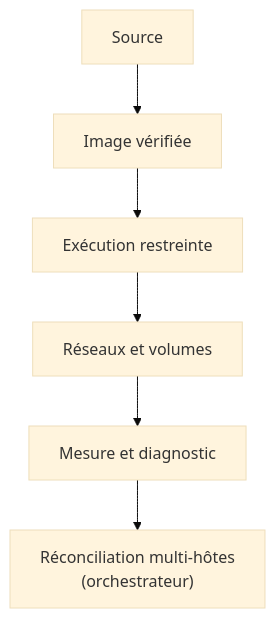
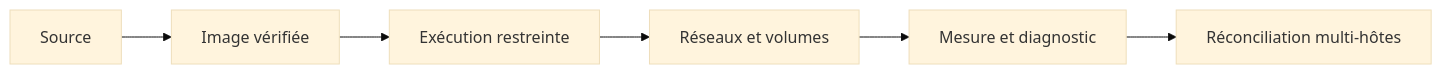
One commit to astronas/Ynov---Containerization-Orchestration changed the diagram in docs/Secrets-fichiers-reseau-ressources.md. Above: the diagram before and after it, drawn with Mermaid (base theme). The commit also changed other lines of this file and 160 other files, not shown here.

First line of the commit message:
Refonte visuelle : charte des rendus de TP, illustrations et captures réelles

````diff
--- a/docs/Secrets-fichiers-reseau-ressources.md
+++ b/docs/Secrets-fichiers-reseau-ressources.md
@@ -428,8 +222,4 @@
 ```mermaid
-flowchart TB
-    S["Source"] --> I["Image vérifiée"]
-    I --> X["Exécution restreinte"]
-    X --> N["Réseaux et volumes"]
-    N --> M["Mesure et diagnostic"]
-    M --> R["Réconciliation multi-hôtes<br/>(orchestrateur)"]
+flowchart LR
+    S["Source"] --> I["Image vérifiée"] --> X["Exécution restreinte"] --> N["Réseaux et volumes"] --> M["Mesure et diagnostic"] --> R["Réconciliation multi-hôtes"]
 ```
````
